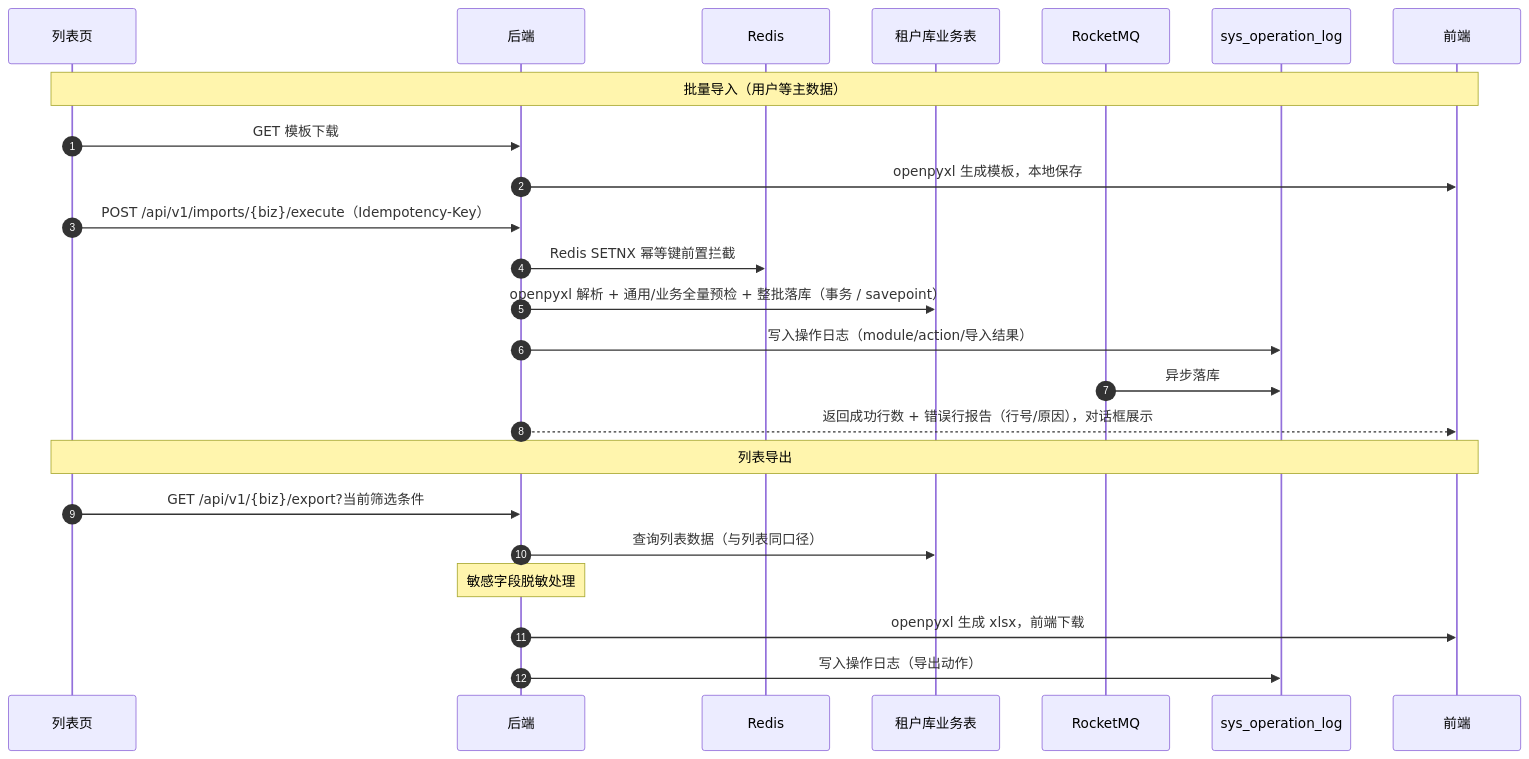
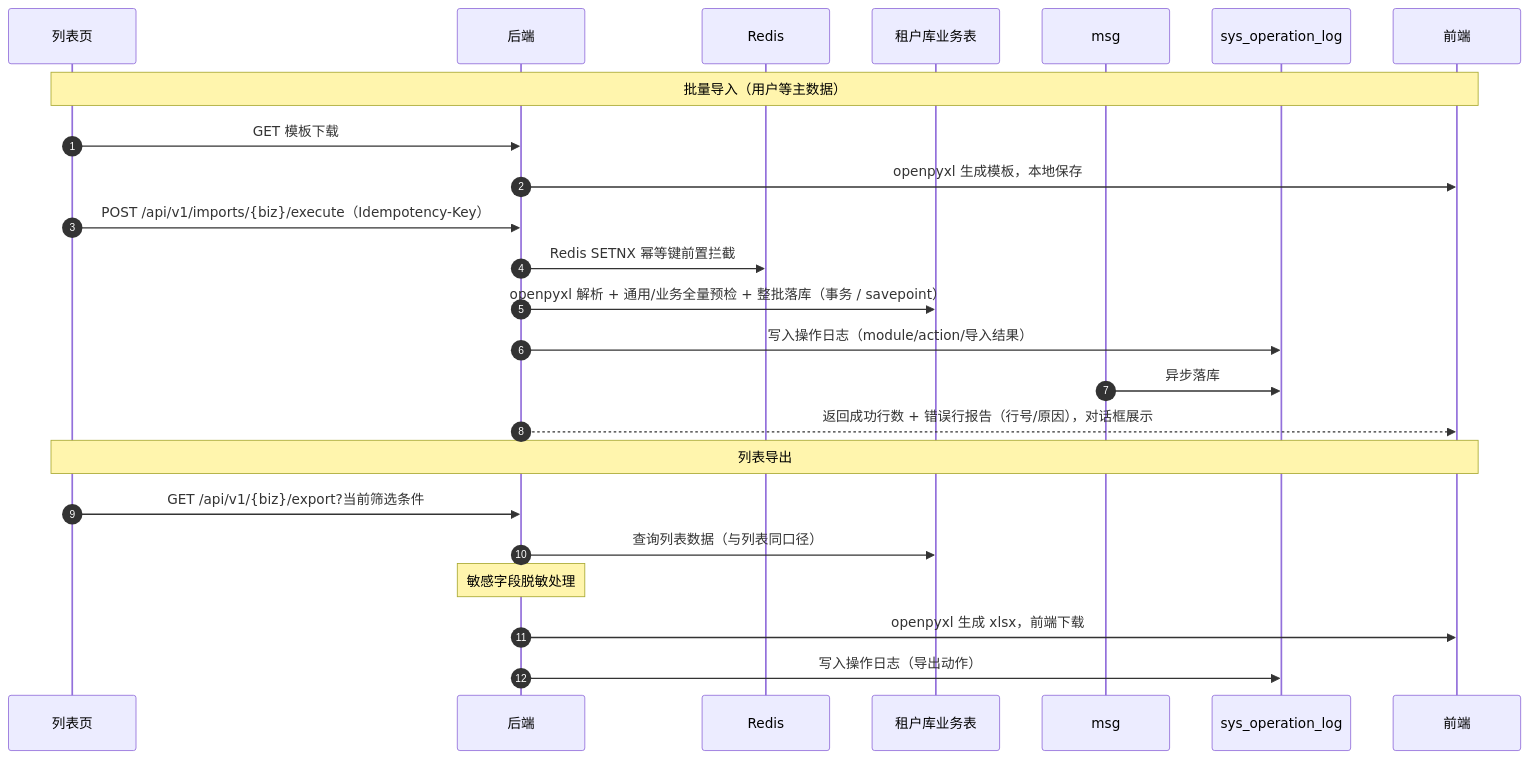
The diagram in bms文档/设计/概要设计/19_概要设计_导入导出.md (minjian123/basic-management-system), drawn with Mermaid before and after one commit. The commit also changed other lines of this file and 118 other files, not shown here.

````diff
--- a/bms文档/设计/概要设计/19_概要设计_导入导出.md
+++ b/bms文档/设计/概要设计/19_概要设计_导入导出.md
@@ -57,27 +57,27 @@
 ```mermaid
 sequenceDiagram
     autonumber
     participant 列表页
     participant 后端
     participant Redis
     participant 业务表 as 租户库业务表
-    participant RocketMQ
+    participant msg
     participant 操作日志 as sys_operation_log
     participant 前端
 
     Note over 列表页,前端: 批量导入（用户等主数据）
     列表页->>后端: GET 模板下载
     后端->>前端: openpyxl 生成模板，本地保存
     列表页->>后端: POST /api/v1/imports/{biz}/execute（Idempotency-Key）
     后端->>Redis: Redis SETNX 幂等键前置拦截
     后端->>业务表: openpyxl 解析 + 通用/业务全量预检 + 整批落库（事务 / savepoint）
     后端->>操作日志: 写入操作日志（module/action/导入结果）
-    RocketMQ->>操作日志: 异步落库
+    msg->>操作日志: 异步落库
     后端-->>前端: 返回成功行数 + 错误行报告（行号/原因），对话框展示
     Note over 列表页,前端: 列表导出
     列表页->>后端: GET /api/v1/{biz}/export?当前筛选条件
     后端->>业务表: 查询列表数据（与列表同口径）
     Note over 后端: 敏感字段脱敏处理
     后端->>前端: openpyxl 生成 xlsx，前端下载
     后端->>操作日志: 写入操作日志（导出动作）
 ```
````
